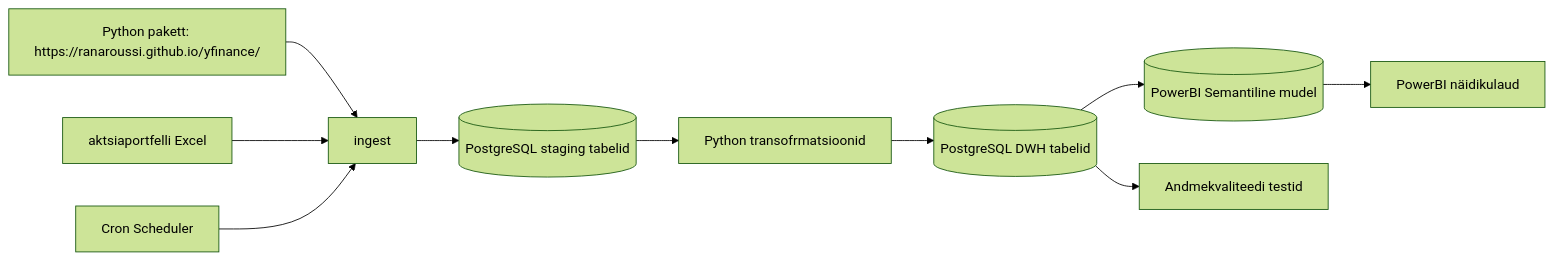
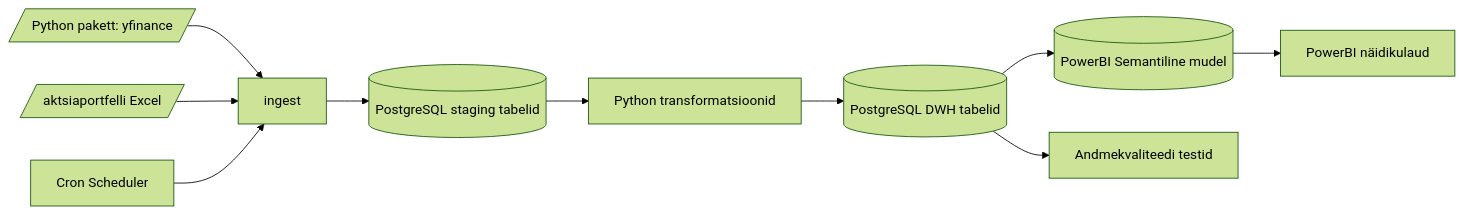
The diagram in README.md (rkapp22/PortfolioTracker), drawn with Mermaid (forest theme) before and after one commit. The commit also changed other lines of this file and 17 other files, not shown here.

````diff
--- a/README.md
+++ b/README.md
@@ -23,12 +23,12 @@
 ```mermaid
 flowchart LR
-    source1[Python pakett: https://ranaroussi.github.io/yfinance/] --> ingest
-    source2[aktsiaportfelli Excel] --> ingest
+    source1[/Python pakett: yfinance/] --> ingest
+    source2[/aktsiaportfelli Excel/] --> ingest
     ingest --> staging[(PostgreSQL staging tabelid)]
-    staging --> transform[Python transofrmatsioonid]
+    staging --> transform[Python transformatsioonid]
     transform --> mart[(PostgreSQL DWH tabelid)]
     mart --> semantic_model[(PowerBI Semantiline mudel)]
     semantic_model --> dashboard[PowerBI näidikulaud]
     mart --> quality[Andmekvaliteedi testid]
     scheduler[Cron Scheduler] --> ingest
 ```
````
